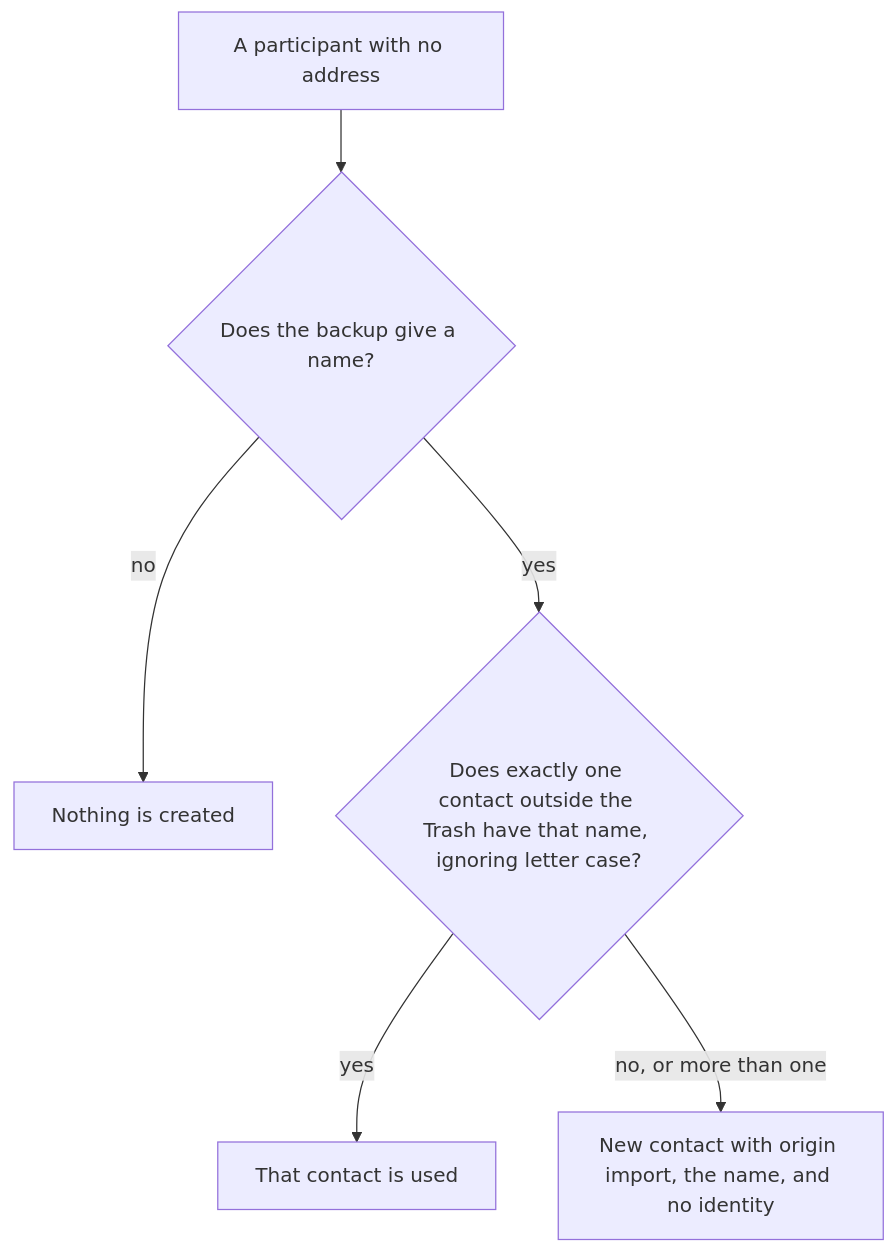
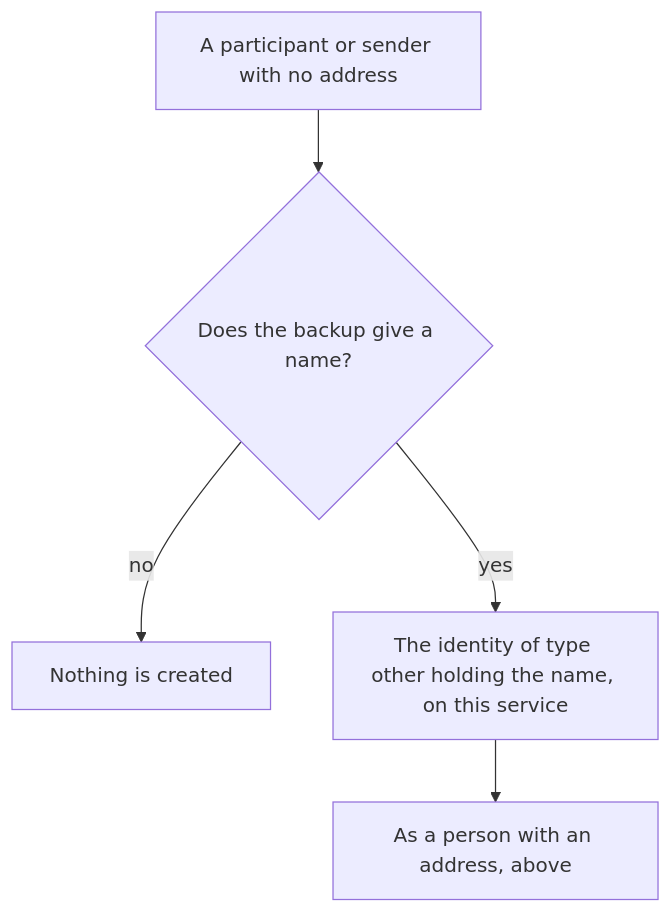
The second of 8 diagrams in docs/architecture/how-contacts-are-made-and-changed.md (bitrealm-io/message-vault), drawn with Mermaid before and after one commit. The commit also changed other lines of this file and 33 other files, not shown here.

````diff
--- a/docs/architecture/how-contacts-are-made-and-changed.md
+++ b/docs/architecture/how-contacts-are-made-and-changed.md
@@ -63,8 +74,7 @@
 ```mermaid
 flowchart TD
-  A["A participant with no address"] --> B{"Does the backup give a name?"}
+  A["A participant or sender with no address"] --> B{"Does the backup give a name?"}
   B -- no --> B1["Nothing is created"]
-  B -- yes --> C{"Does exactly one contact outside the Trash have that name, ignoring letter case?"}
-  C -- yes --> C1["That contact is used"]
-  C -- "no, or more than one" --> C2["New contact with origin import, the name, and no identity"]
+  B -- yes --> C["The identity of type other holding the name, on this service"]
+  C --> D["As a person with an address, above"]
 ```
````
